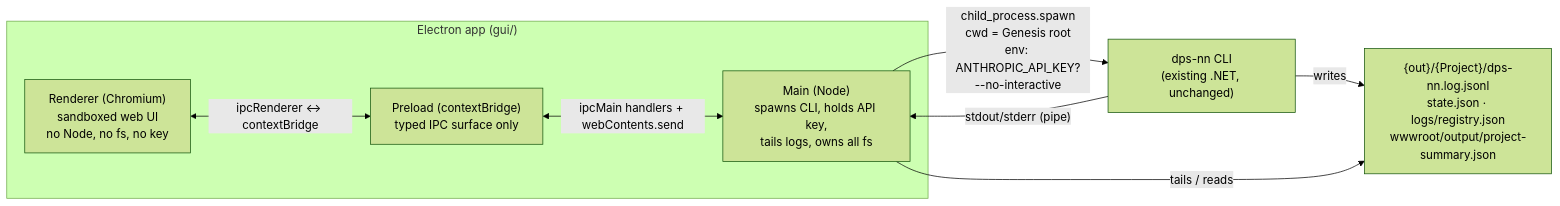
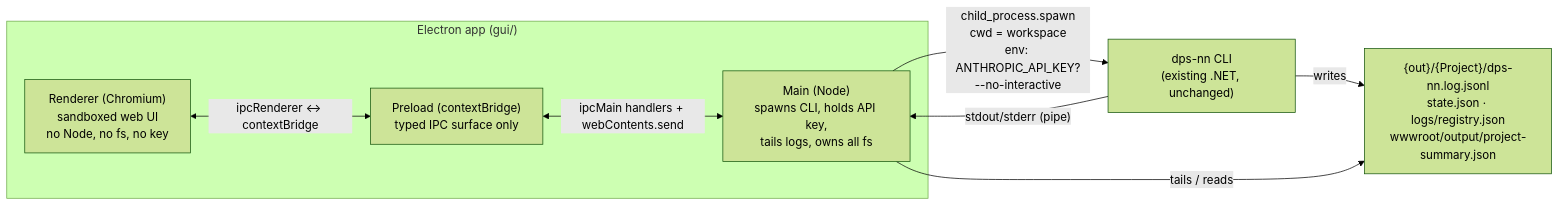
Before and after one commit to StefanMarinkov05/genesis_v6: the first of 2 diagrams in docs/explanation/gui-architecture.md, drawn with Mermaid (forest theme). The commit also changed other lines of this file and 33 other files, not shown here.

First line of the commit message:
feat: Windows installer, dps-nn doctor, install root vs workspace split (changelog 134)

````diff
--- a/docs/explanation/gui-architecture.md
+++ b/docs/explanation/gui-architecture.md
@@ -22,14 +22,14 @@
 ```mermaid
 flowchart LR
   subgraph Electron["Electron app (gui/)"]
     R["Renderer (Chromium)\nsandboxed web UI\nno Node, no fs, no key"]
     P["Preload (contextBridge)\ntyped IPC surface only"]
     M["Main (Node)\nspawns CLI, holds API key,\ntails logs, owns all fs"]
     R <-->|"ipcRenderer ↔ contextBridge"| P
     P <-->|"ipcMain handlers + webContents.send"| M
   end
-  M -->|"child_process.spawn\ncwd = Genesis root\nenv: ANTHROPIC_API_KEY?\n--no-interactive"| CLI["dps-nn CLI\n(existing .NET, unchanged)"]
+  M -->|"child_process.spawn\ncwd = workspace\nenv: ANTHROPIC_API_KEY?\n--no-interactive"| CLI["dps-nn CLI\n(existing .NET, unchanged)"]
   CLI -->|"stdout/stderr (pipe)"| M
   CLI -->|"writes"| LOG["{out}/{Project}/dps-nn.log.jsonl\nstate.json · logs/registry.json\nwwwroot/output/project-summary.json"]
   M -->|"tails / reads"| LOG
 ```
````
